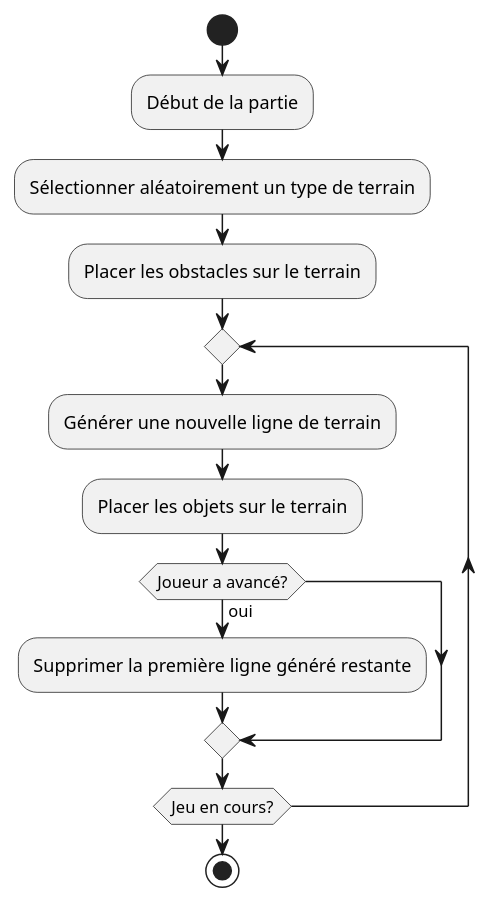
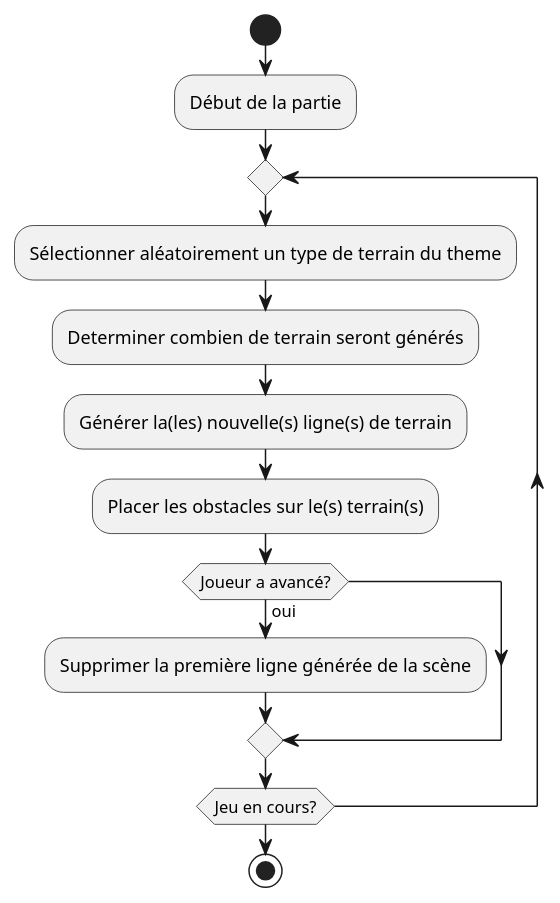
The diagram in Analyse/UseCase/terrainGenerator.puml (LosVerinos/Crossy-Road), drawn with PlantUML before and after one commit. The commit also changed 14 other files, not shown here.

Commit message:
Update diagrams

```diff
--- a/Analyse/UseCase/terrainGenerator.puml
+++ b/Analyse/UseCase/terrainGenerator.puml
@@ -1,16 +1,16 @@
 @startuml terrainGeneratorUC
 |Système|
 start
 :Début de la partie;
-:Sélectionner aléatoirement un type de terrain;
-:Placer les obstacles sur le terrain;
 
 repeat
-    :Générer une nouvelle ligne de terrain;
-    :Placer les objets sur le terrain;
+    :Sélectionner aléatoirement un type de terrain du theme;
+    :Determiner combien de terrain seront générés;
+    :Générer la(les) nouvelle(s) ligne(s) de terrain;
+    :Placer les obstacles sur le(s) terrain(s);
     if (Joueur a avancé?) then (oui)
-        :Supprimer la première ligne généré restante;
+        :Supprimer la première ligne générée de la scène;
     endif
 repeat while (Jeu en cours?)
 stop
 @enduml
```
